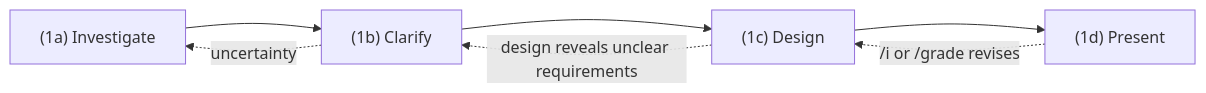
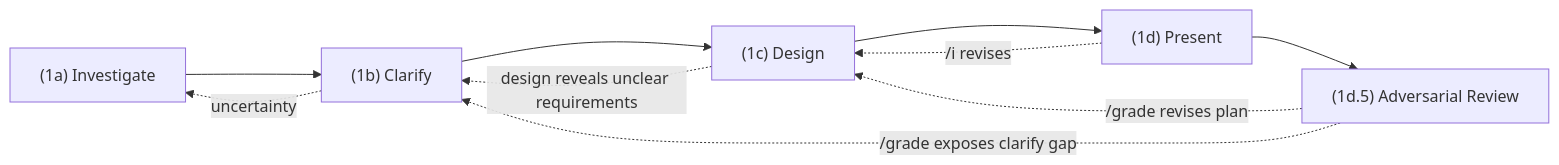
One commit to binaryphile/tandem-protocol changed the second of 3 diagrams in README.md. Above: the diagram before and after it, drawn with Mermaid. The commit also changed other lines of this file and 2 other files, not shown here.

First line of the commit message:
README+docs: bake /grade into §1d as mandatory 1d.5 Adversarial Review (#4154)

````diff
--- a/README.md
+++ b/README.md
@@ -142,7 +142,9 @@
 ```mermaid
 flowchart LR
-    A["(1a) Investigate"] --> B["(1b) Clarify"] --> C["(1c) Design"] --> D["(1d) Present"]
+    A["(1a) Investigate"] --> B["(1b) Clarify"] --> C["(1c) Design"] --> D["(1d) Present"] --> E["(1d.5) Adversarial Review"]
     B -.->|"uncertainty"| A
     C -.->|"design reveals unclear requirements"| B
-    D -.->|"/i or /grade revises"| C
+    D -.->|"/i revises"| C
+    E -.->|"/grade revises plan"| C
+    E -.->|"/grade exposes clarify gap"| B
 ```
````
